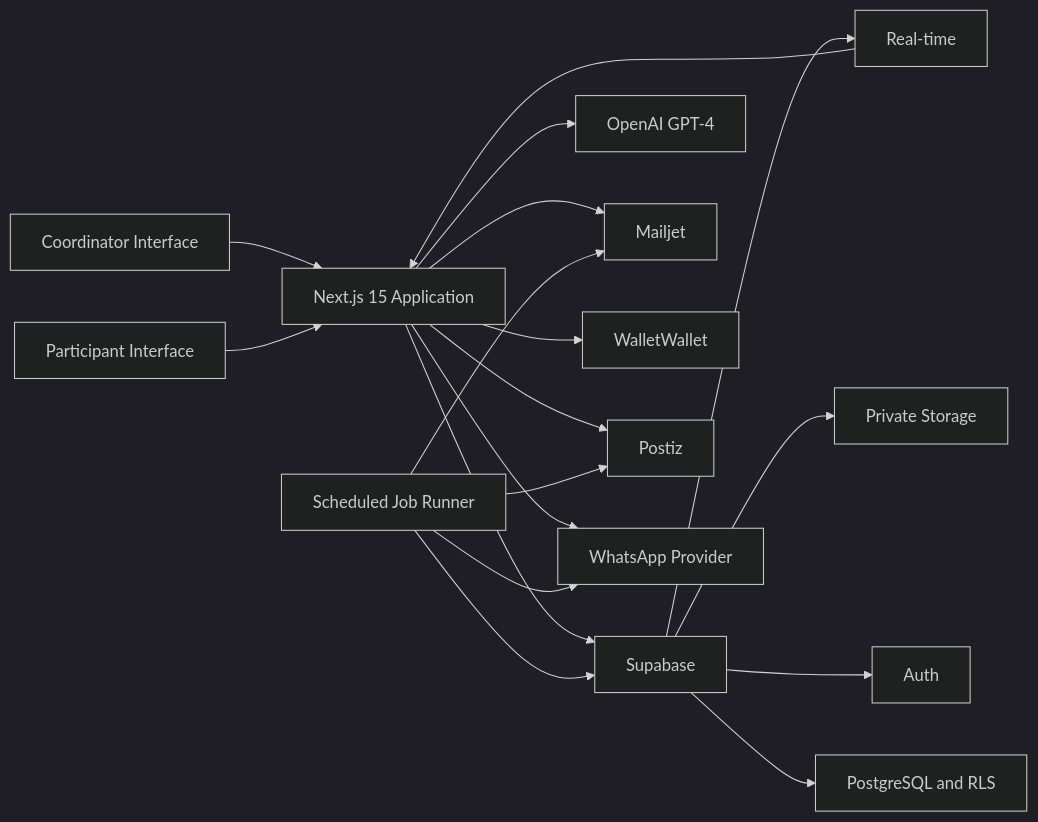
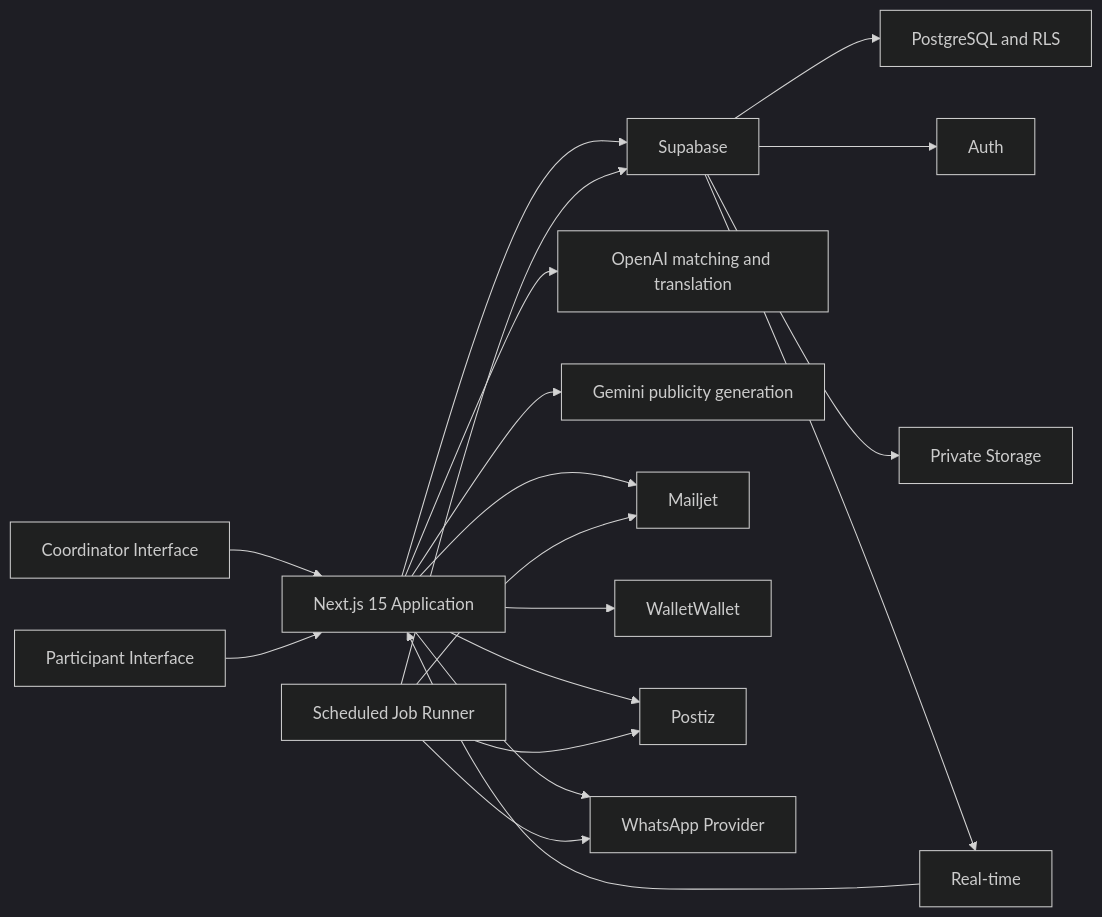
Before and after one commit to jieyingtan/passion2serve: the diagram in spec.md, drawn with Mermaid (dark theme). The commit also changed other lines of this file and 40 other files, not shown here.

````diff
--- a/spec.md
+++ b/spec.md
@@ -580,20 +580,21 @@
 ```mermaid
 flowchart LR
     C["Coordinator Interface"] --> N["Next.js 15 Application"]
     P["Participant Interface"] --> N
     N --> S["Supabase"]
     S --> DB["PostgreSQL and RLS"]
     S --> AU["Auth"]
     S --> ST["Private Storage"]
     S --> RT["Real-time"]
-    N --> AI["OpenAI GPT-4"]
+    N --> AI["OpenAI matching and translation"]
+    N --> GM["Gemini publicity generation"]
     N --> MJ["Mailjet"]
     N --> WW["WalletWallet"]
     N --> PO["Postiz"]
     N --> WA["WhatsApp Provider"]
     RT --> N
     CR["Scheduled Job Runner"] --> S
     CR --> MJ
     CR --> PO
     CR --> WA
 ```
````
